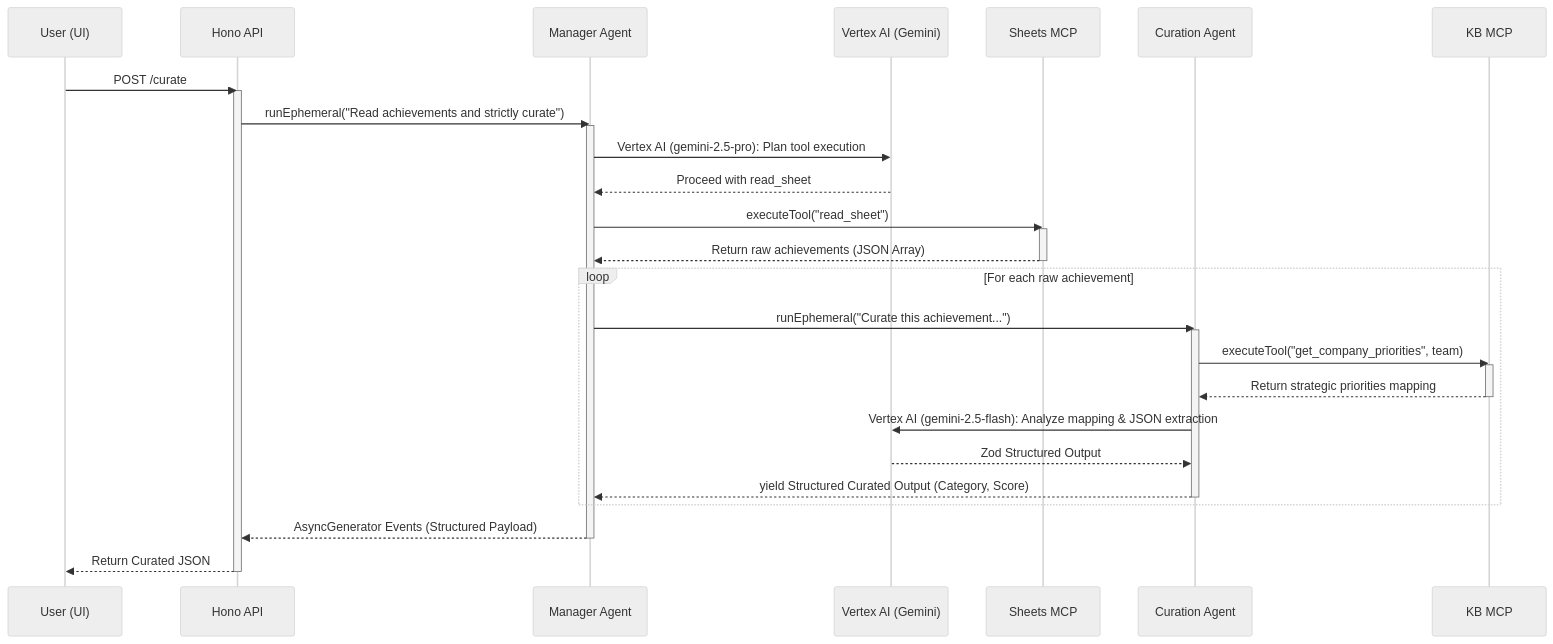
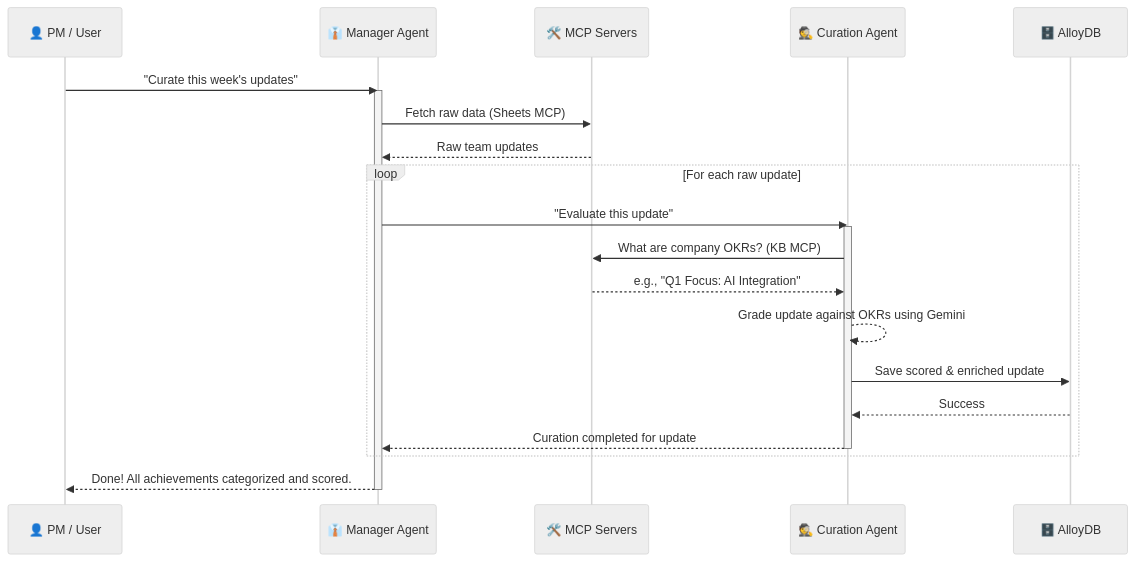
Before and after one commit to jay-parmar-public/multi-agent-productivity-assistant: the second of 3 diagrams in docs/architecture.md, drawn with Mermaid (neutral theme). The commit also changed other lines of this file and 2 other files, not shown here.

````diff
--- a/docs/architecture.md
+++ b/docs/architecture.md
@@ -83,44 +79,32 @@
 ```mermaid
 sequenceDiagram
-    participant U as User (UI)
-    participant API as Hono API
-    participant M as Manager Agent
-    participant LLM as Vertex AI (Gemini)
-    participant SM as Sheets MCP
-    participant C as Curation Agent
-    participant KB as KB MCP
+    participant User as 👤 PM / User
+    participant Manager as 👔 Manager Agent
+    participant MCP as 🛠️ MCP Servers
+    participant Curator as 🕵️ Curation Agent
+    participant DB as 🗄️ AlloyDB
 
-    U->>API: POST /curate
-    activate API
-    API->>M: runEphemeral("Read achievements and strictly curate")
-    activate M
-    M->>LLM: Vertex AI (gemini-2.5-pro): Plan tool execution
-    LLM-->>M: Proceed with read_sheet
-
-    %% Step 1: Read raw data
-    M->>SM: executeTool("read_sheet")
-    activate SM
-    SM-->>M: Return raw achievements (JSON Array)
-    deactivate SM
-
-    %% Step 2: Curate data
-    loop For each raw achievement
-        M->>C: runEphemeral("Curate this achievement...")
-        activate C
-        C->>KB: executeTool("get_company_priorities", team)
-        activate KB
-        KB-->>C: Return strategic priorities mapping
-        deactivate KB
+    User->>Manager: "Curate this week's updates"
+    activate Manager
+    Manager->>MCP: Fetch raw data (Sheets MCP)
+    MCP-->>Manager: Raw team updates
+    
+    loop For each raw update
+        Manager->>Curator: "Evaluate this update"
+        activate Curator
         
-        C->>LLM: Vertex AI (gemini-2.5-flash): Analyze mapping & JSON extraction
-        LLM-->>C: Zod Structured Output
+        Curator->>MCP: What are company OKRs? (KB MCP)
+        MCP-->>Curator: e.g., "Q1 Focus: AI Integration"
         
-        C-->>M: yield Structured Curated Output (Category, Score)
-        deactivate C
+        Curator-->>Curator: Grade update against OKRs using Gemini
+        
+        Curator->>DB: Save scored & enriched update
+        DB-->>Curator: Success
+        
+        Curator-->>Manager: Curation completed for update
+        deactivate Curator
     end
-
-    M-->>API: AsyncGenerator Events (Structured Payload)
-    deactivate M
-    API-->>U: Return Curated JSON
-    deactivate API
+    
+    Manager-->>User: Done! All achievements categorized and scored.
+    deactivate Manager
 ```
````
